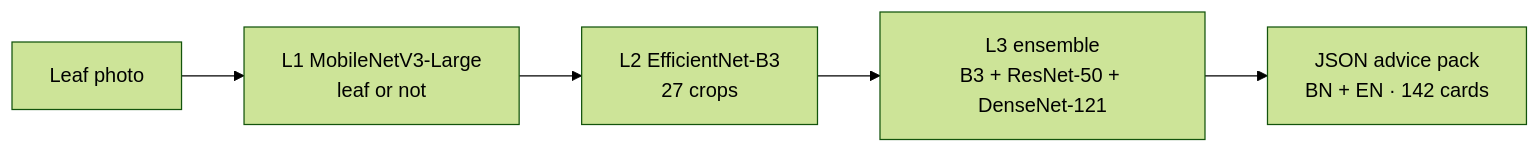
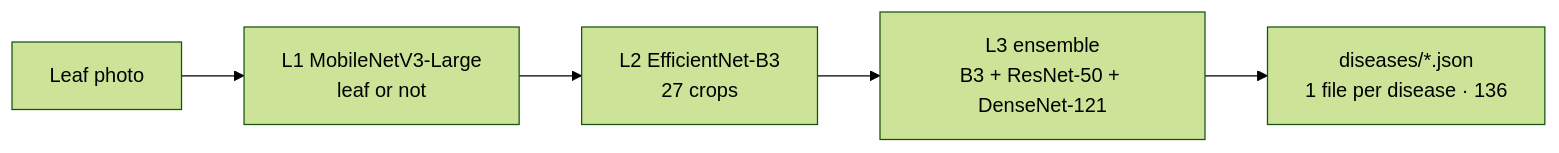
Before and after one commit to mujahidulhaquejihad/Agroscan: the first of 2 diagrams in README.md, drawn with Mermaid (forest theme). The commit also changed other lines of this file and 225 other files, not shown here.

````diff
--- a/README.md
+++ b/README.md
@@ -32,7 +32,7 @@
 ```mermaid
 flowchart LR
   P["Leaf photo"] --> L1["L1 MobileNetV3-Large<br/>leaf or not"]
   L1 --> L2["L2 EfficientNet-B3<br/>27 crops"]
   L2 --> L3["L3 ensemble<br/>B3 + ResNet-50 + DenseNet-121"]
-  L3 --> A["JSON advice pack<br/>BN + EN · 142 cards"]
+  L3 --> A["diseases/*.json<br/>1 file per disease · 136"]
 ```
````
